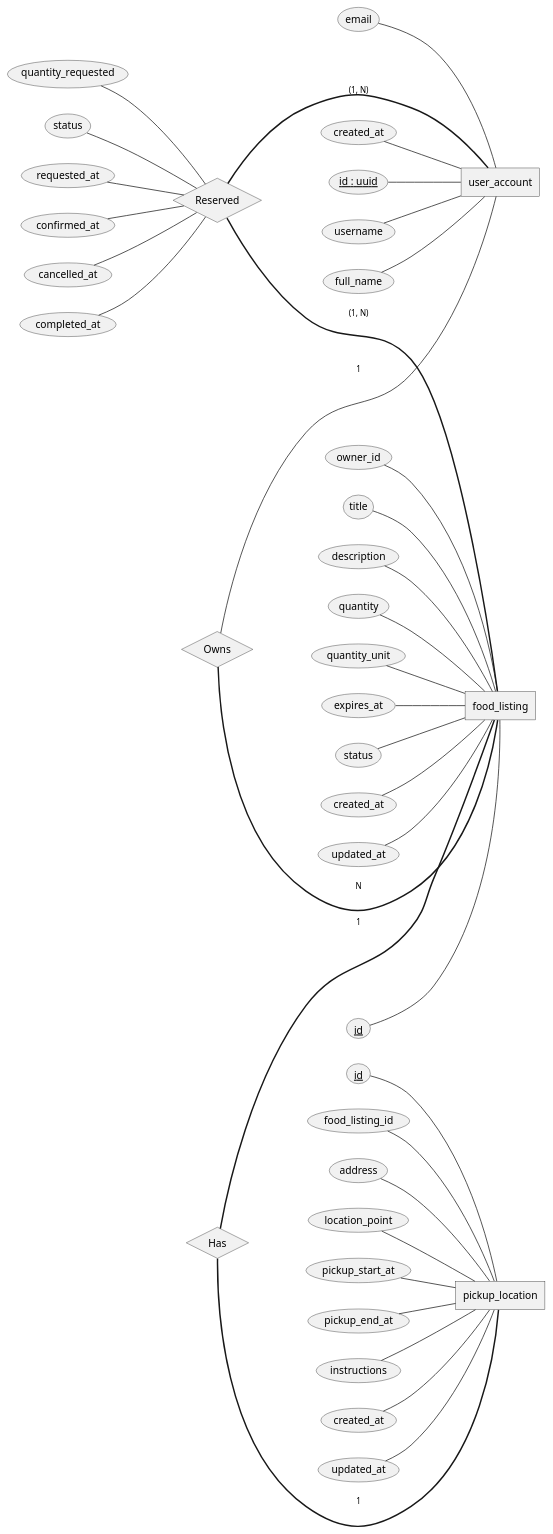
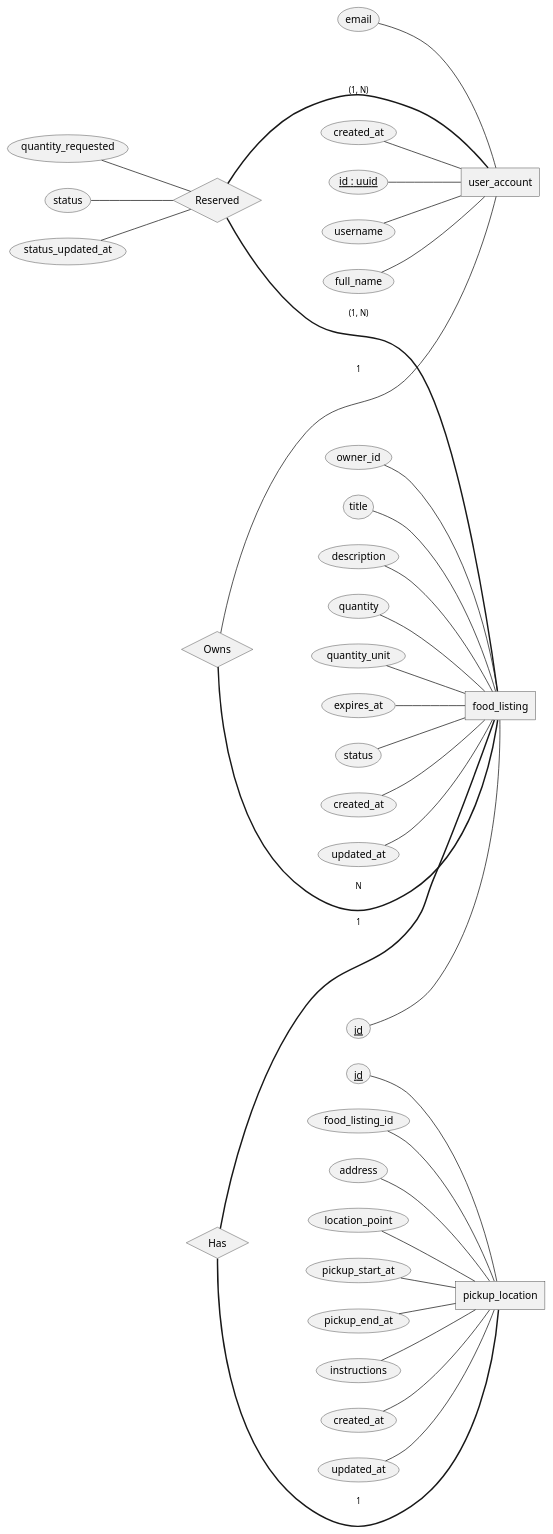
The diagram in docs/diagrams/ERDiagram.puml (NadifRahman/second_serving), drawn with PlantUML before and after one commit. The commit also changed 3 other files, not shown here.

```diff
--- a/docs/diagrams/ERDiagram.puml
+++ b/docs/diagrams/ERDiagram.puml
@@ -1,84 +1,81 @@
 @startchen
 left to right direction
 
 ' =========================
 ' Entities
 ' =========================
 
 entity user_account {
     id : uuid <<key>>
     ' UUID will be generated by application code
     username
     full_name
     email
     created_at
 }
 
 entity food_listing {
     id <<key>>
     owner_id <<FK>>
     title
     description
     quantity
     ' quantity > 0
     quantity_unit
     ' will be an enum of possible units
     expires_at
     status
     ' this will be an ENUM of possible states
     ' available, finished, cancelled
     created_at
     updated_at
     ' maybe we can do images later
 }
 
 entity pickup_location {
     id <<key>>
     food_listing_id <<FK>>
     address
     ' Difficult to validate an address...
     ' will just trust user since its not what app will use
     location_point
     ' (PostGIS GEOGRAPHY(Point, 4326) in the DB) ?
     pickup_start_at
     pickup_end_at
     instructions
     created_at
     updated_at
 }
 
 ' =========================
 ' Relationships
 ' =========================
 
 relationship Owns {
 }
 
 Owns =N= food_listing
 Owns -1- user_account
 
 
 ' We could make this a separate table or just
 ' or since its one to one we can just put in one table
 relationship Has {
 }
 
 Has =1= food_listing
 Has =1= pickup_location
 
 
 relationship Reserved {
     quantity_requested
     status
     ' will be an enum of possible states
     ' requested, cancelled, collected
-    requested_at
-    confirmed_at
-    cancelled_at
-    completed_at
+    status_updated_at
 }
 
 Reserved =(1, N)= food_listing
 Reserved =(1, N)= user_account
 
 @endchen
```
